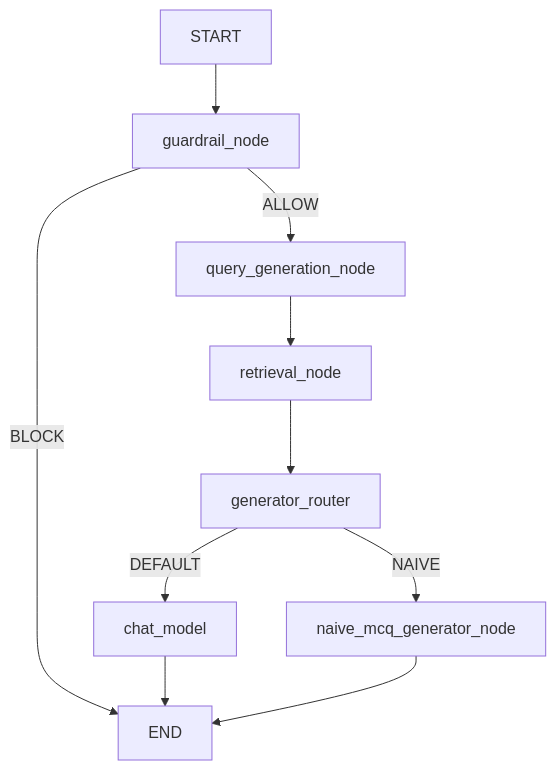
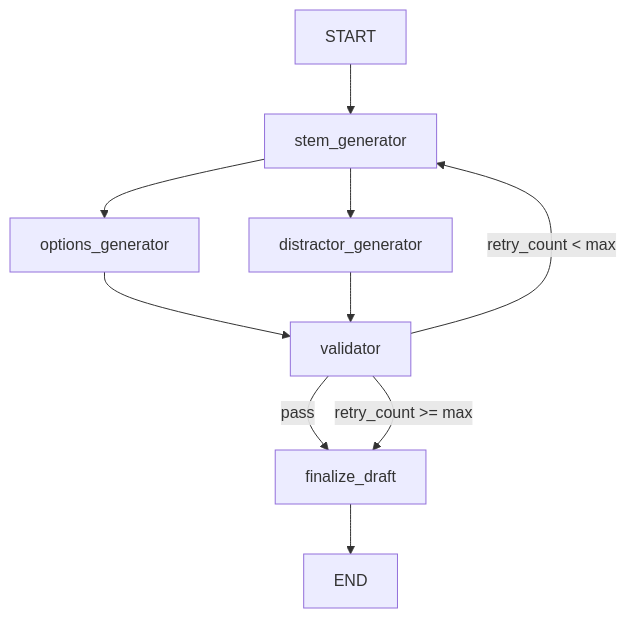
One commit to Krishnapthm/otis changed the second of 3 diagrams in src/agents/README.md. Above: the diagram before and after it, drawn with Mermaid. The commit also changed other lines of this file and 29 other files, not shown here.

````diff
--- a/src/agents/README.md
+++ b/src/agents/README.md
@@ -9,12 +53,12 @@
 ```mermaid
 flowchart TD
-  START --> guardrail_node
-  guardrail_node -->|ALLOW| query_generation_node
-  guardrail_node -->|BLOCK| END
-  query_generation_node --> retrieval_node
-  retrieval_node --> generator_router
-  generator_router -->|DEFAULT| chat_model
-  generator_router -->|NAIVE| naive_mcq_generator_node
-  chat_model --> END
-  naive_mcq_generator_node --> END
+  START --> stem_generator
+  stem_generator --> options_generator
+  stem_generator --> distractor_generator
+  options_generator --> validator
+  distractor_generator --> validator
+  validator -->|pass| finalize_draft
+  validator -->|retry_count < max| stem_generator
+  validator -->|retry_count >= max| finalize_draft
+  finalize_draft --> END
 ```
````
